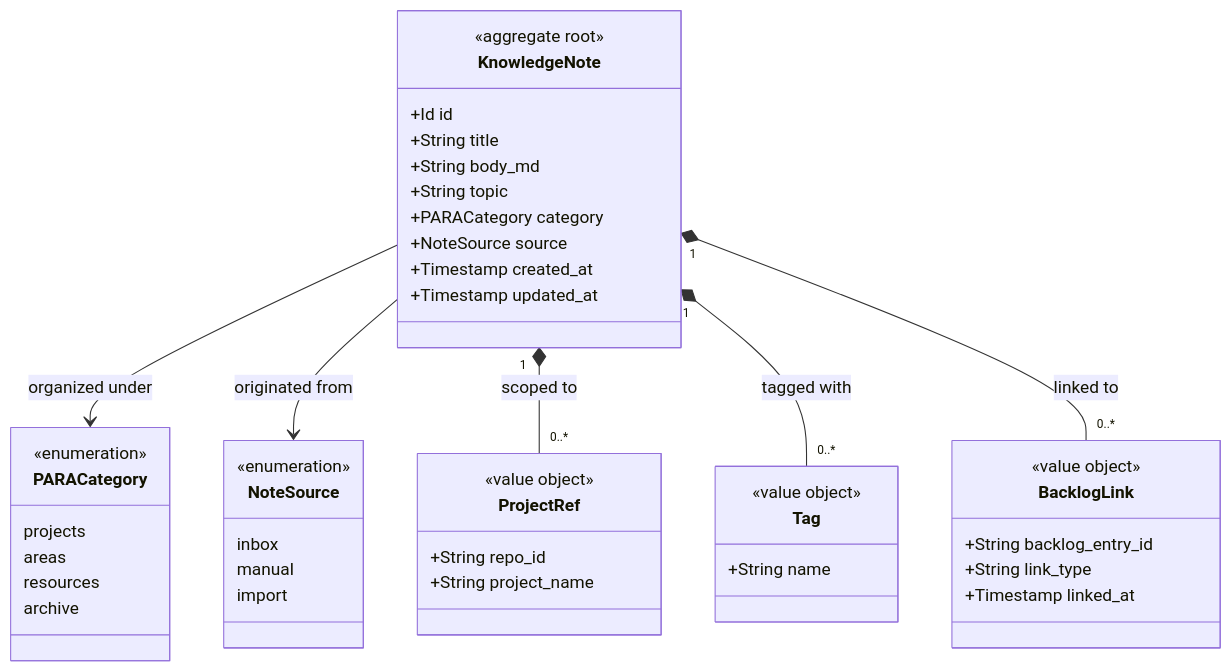
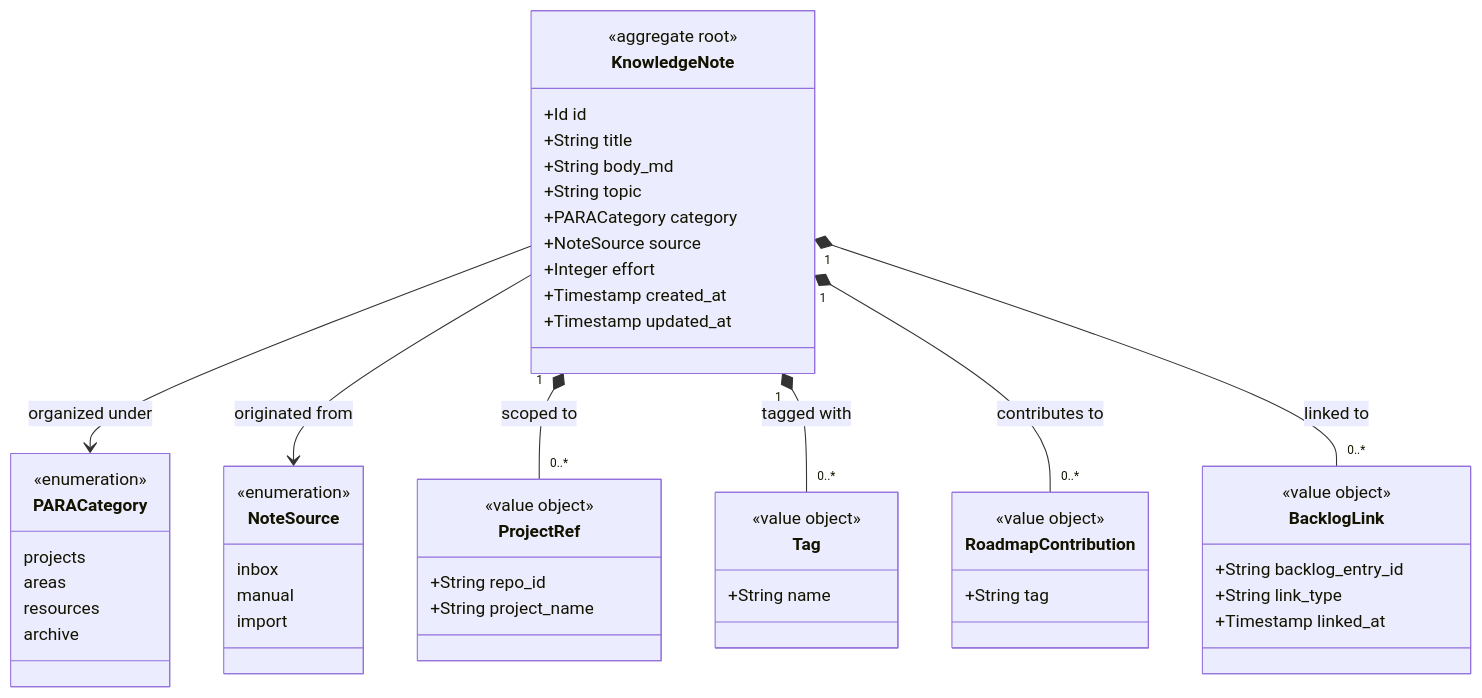
Before and after one commit to JSdotNet/Backlog: the diagram in .domain/second-brain/model.md, drawn with Mermaid. The commit also changed other lines of this file and 21 other files, not shown here.

First line of the commit message:
docs(domain): model effort and roadmap tags across backlog, roadmap, second brain

````diff
--- a/.domain/second-brain/model.md
+++ b/.domain/second-brain/model.md
@@ -14,48 +14,54 @@
 ```mermaid
 classDiagram
     class KnowledgeNote {
         <<aggregate root>>
         +Id id
         +String title
         +String body_md
         +String topic
         +PARACategory category
         +NoteSource source
+        +Integer effort
         +Timestamp created_at
         +Timestamp updated_at
     }
     class ProjectRef {
         <<value object>>
         +String repo_id
         +String project_name
     }
     class Tag {
         <<value object>>
         +String name
+    }
+    class RoadmapContribution {
+        <<value object>>
+        +String tag
     }
     class BacklogLink {
         <<value object>>
         +String backlog_entry_id
         +String link_type
         +Timestamp linked_at
     }
     class PARACategory {
         <<enumeration>>
         projects
         areas
         resources
         archive
     }
     class NoteSource {
         <<enumeration>>
         inbox
         manual
         import
     }
 
     KnowledgeNote --> PARACategory : organized under
     KnowledgeNote --> NoteSource : originated from
     KnowledgeNote "1" *-- "0..*" ProjectRef : scoped to
     KnowledgeNote "1" *-- "0..*" Tag : tagged with
+    KnowledgeNote "1" *-- "0..*" RoadmapContribution : contributes to
     KnowledgeNote "1" *-- "0..*" BacklogLink : linked to
 ```
````
